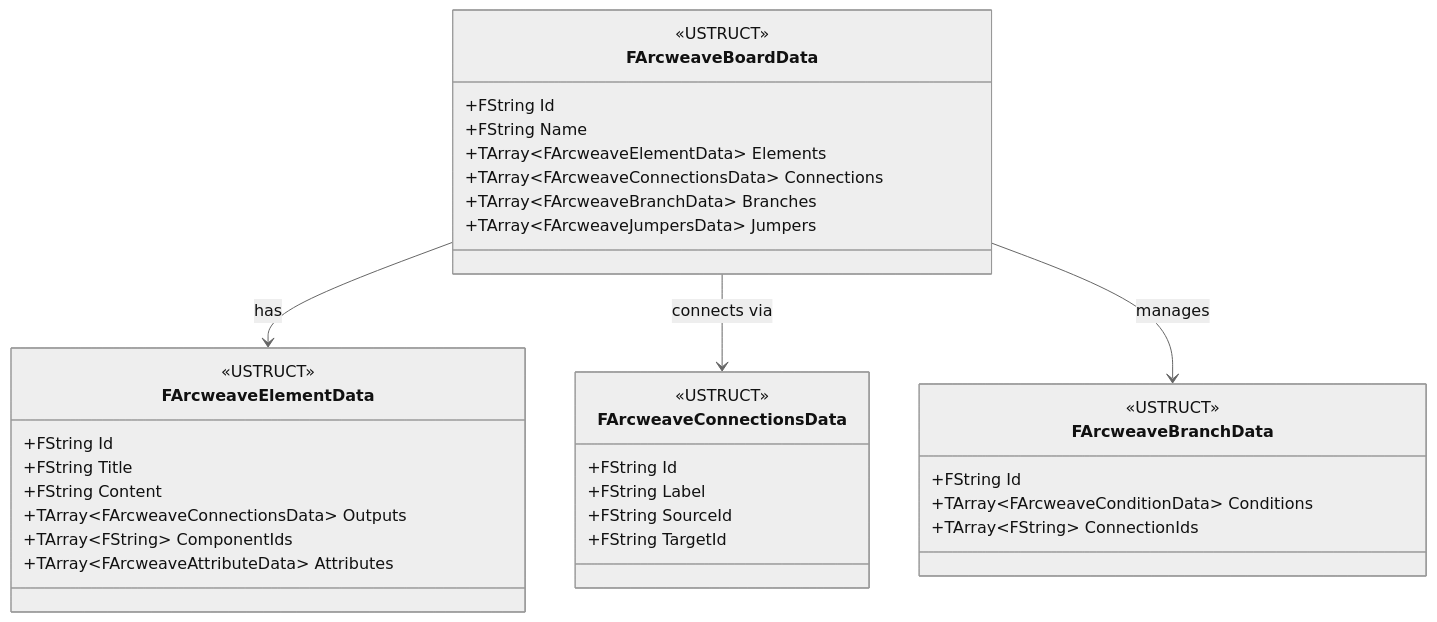
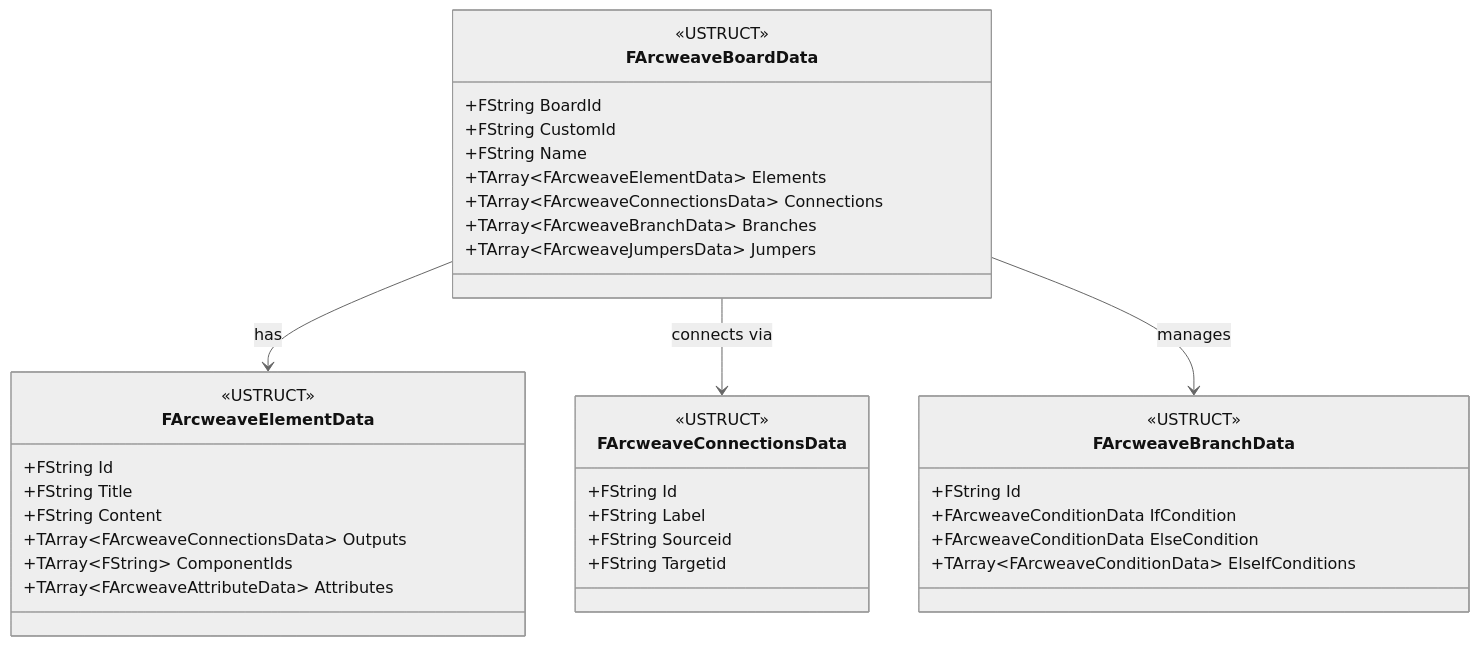
The sixth of 7 diagrams in README.md (arcweave/arcweave-unreal-plugin), drawn with Mermaid (neutral theme) before and after one commit. The commit also changed other lines of this file, not shown here.

Commit message:
readme structures updated

````diff
--- a/README.md
+++ b/README.md
@@ -268,43 +268,45 @@
 ```mermaid
 classDiagram
 direction TB
     class FArcweaveBoardData {
-	    +FString Id
+	    +FString BoardId
+	    +FString CustomId
 	    +FString Name
-	    +TArray\~FArcweaveElementData\~ Elements
-	    +TArray\~FArcweaveConnectionsData\~ Connections
-	    +TArray\~FArcweaveBranchData\~ Branches
-	    +TArray\~FArcweaveJumpersData\~ Jumpers
+	    +TArray~FArcweaveElementData~ Elements
+	    +TArray~FArcweaveConnectionsData~ Connections
+	    +TArray~FArcweaveBranchData~ Branches
+	    +TArray~FArcweaveJumpersData~ Jumpers
     }
 
     class FArcweaveElementData {
 	    +FString Id
 	    +FString Title
 	    +FString Content
-	    +TArray\~FArcweaveConnectionsData\~ Outputs
-	    +TArray\~FString\~ ComponentIds
-	    +TArray\~FArcweaveAttributeData\~ Attributes
+	    +TArray~FArcweaveConnectionsData~ Outputs
+	    +TArray~FString~ ComponentIds
+	    +TArray~FArcweaveAttributeData~ Attributes
     }
 
     class FArcweaveConnectionsData {
 	    +FString Id
 	    +FString Label
-	    +FString SourceId
-	    +FString TargetId
+	    +FString Sourceid
+	    +FString Targetid
     }
 
     class FArcweaveBranchData {
 	    +FString Id
-	    +TArray\~FArcweaveConditionData\~ Conditions
-	    +TArray\~FString\~ ConnectionIds
+	    +FArcweaveConditionData IfCondition
+	    +FArcweaveConditionData ElseCondition
+	    +TArray~FArcweaveConditionData~ ElseIfConditions
     }
 
 	<<USTRUCT>> FArcweaveBoardData
 	<<USTRUCT>> FArcweaveElementData
 	<<USTRUCT>> FArcweaveConnectionsData
 	<<USTRUCT>> FArcweaveBranchData
 
     FArcweaveBoardData --> FArcweaveElementData : has
     FArcweaveBoardData --> FArcweaveConnectionsData : connects via
     FArcweaveBoardData --> FArcweaveBranchData : manages
 ```
````
